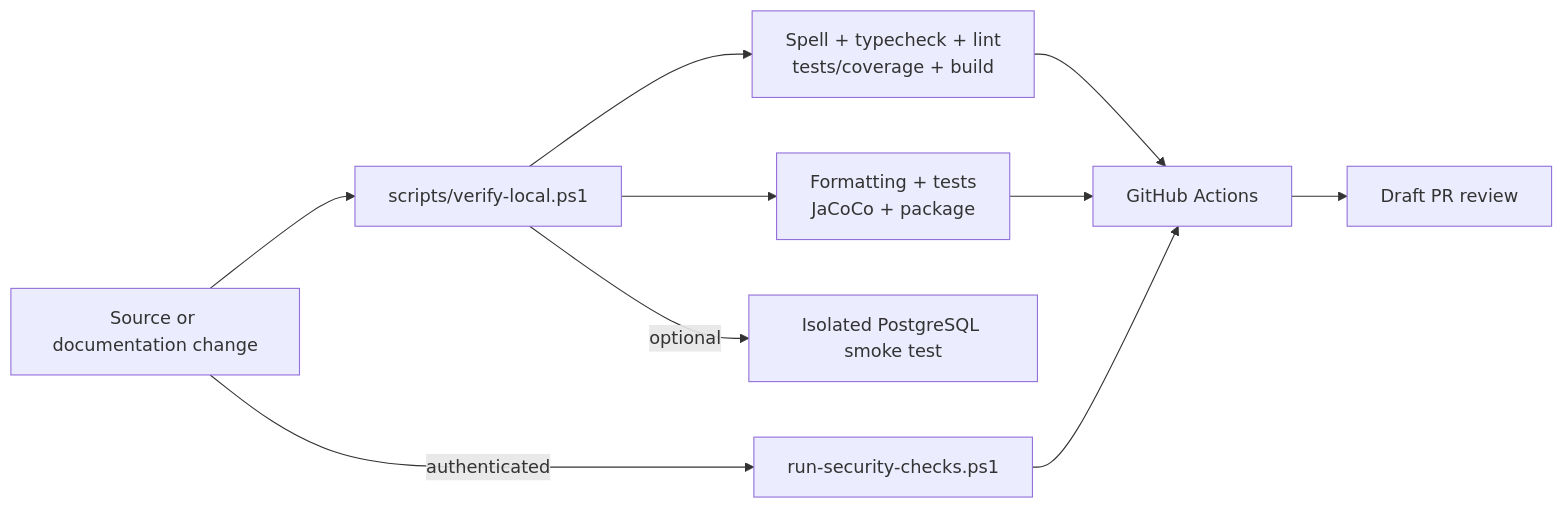
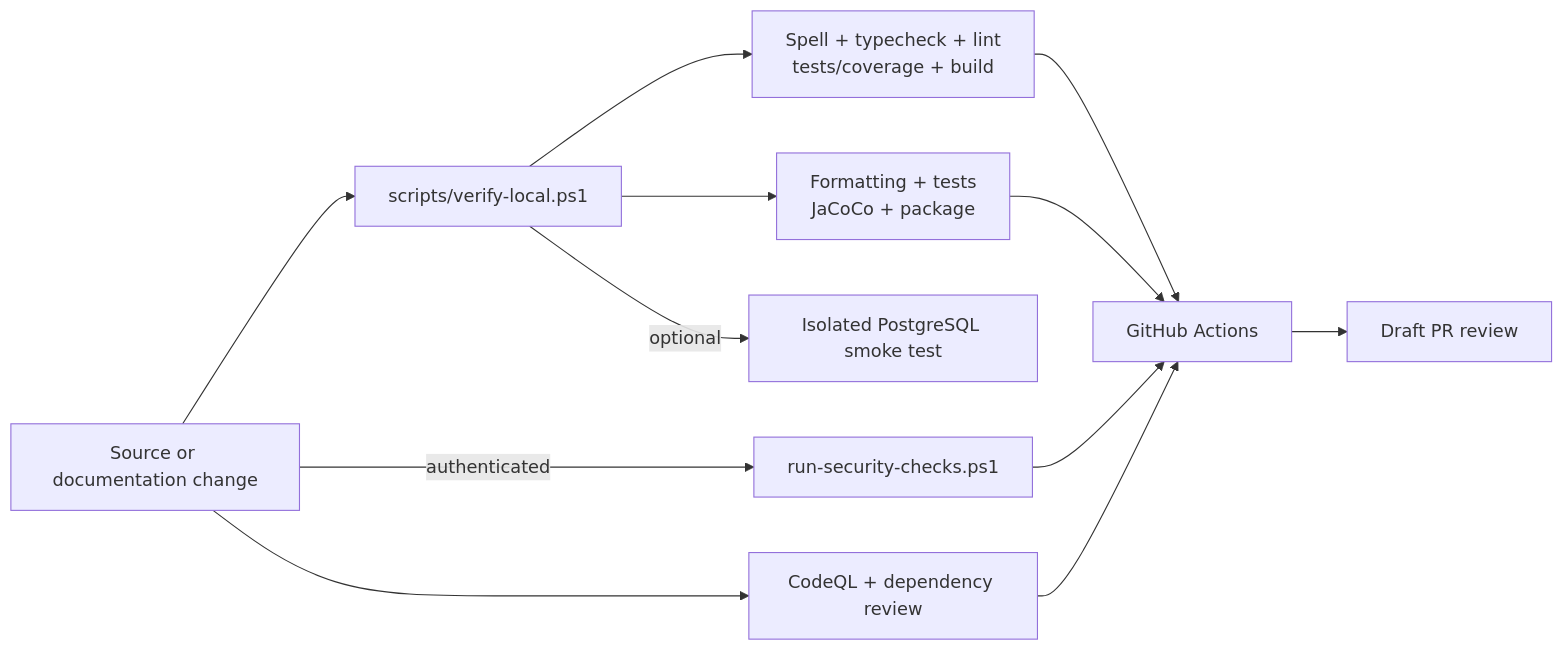
The fourth of 4 diagrams in docs/architecture-map.md (everdein/pay-period-planner), drawn with Mermaid before and after one commit. The commit also changed other lines of this file and 123 other files, not shown here.

````diff
--- a/docs/architecture-map.md
+++ b/docs/architecture-map.md
@@ -132,12 +160,14 @@
 ```mermaid
 flowchart LR
     Change["Source or documentation change"] --> Local["scripts/verify-local.ps1"]
     Local --> Frontend["Spell + typecheck + lint<br/>tests/coverage + build"]
     Local --> Backend["Formatting + tests<br/>JaCoCo + package"]
     Local -->|"optional"| PGTest["Isolated PostgreSQL smoke test"]
     Change -->|"authenticated"| Security["run-security-checks.ps1"]
+    Change --> HostedSecurity["CodeQL + dependency review"]
     Frontend --> CI["GitHub Actions"]
     Backend --> CI
     Security --> CI
+    HostedSecurity --> CI
     CI --> Draft["Draft PR review"]
 ```
````
